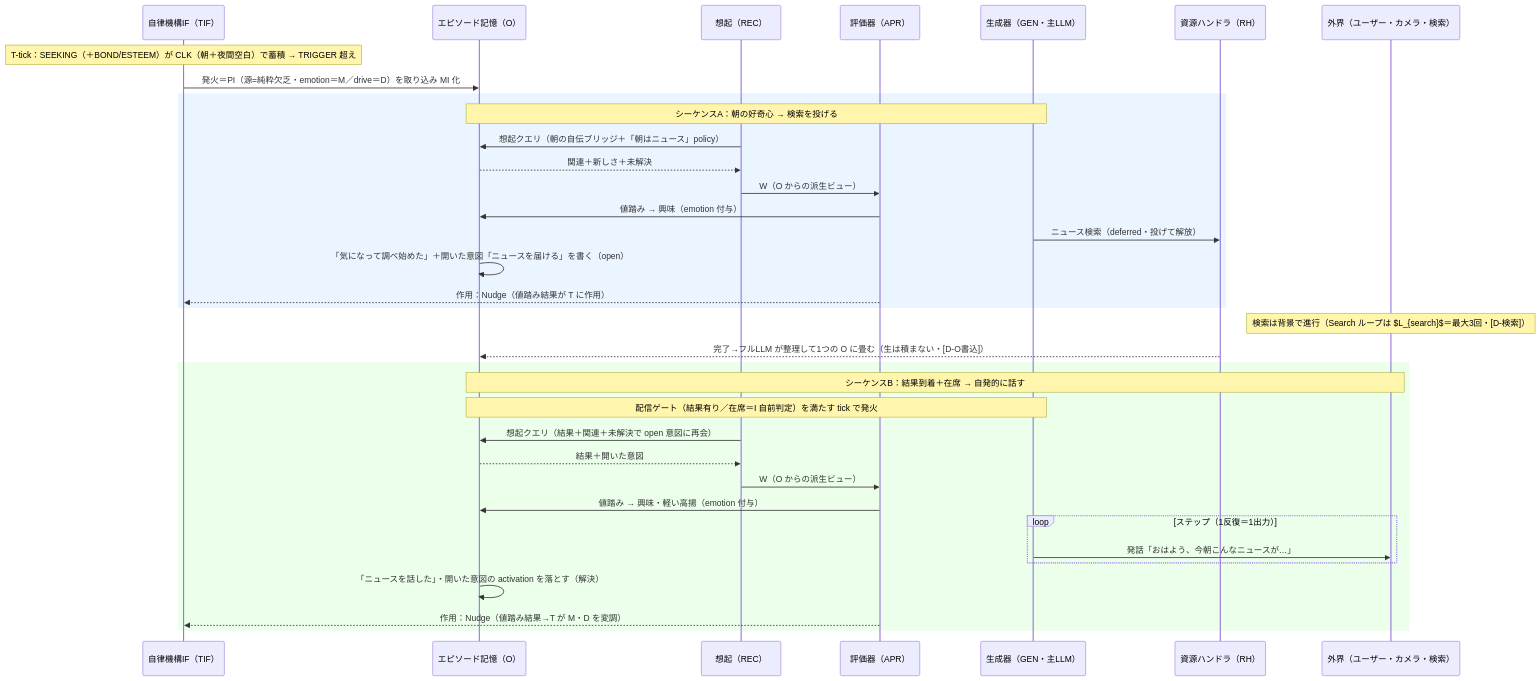
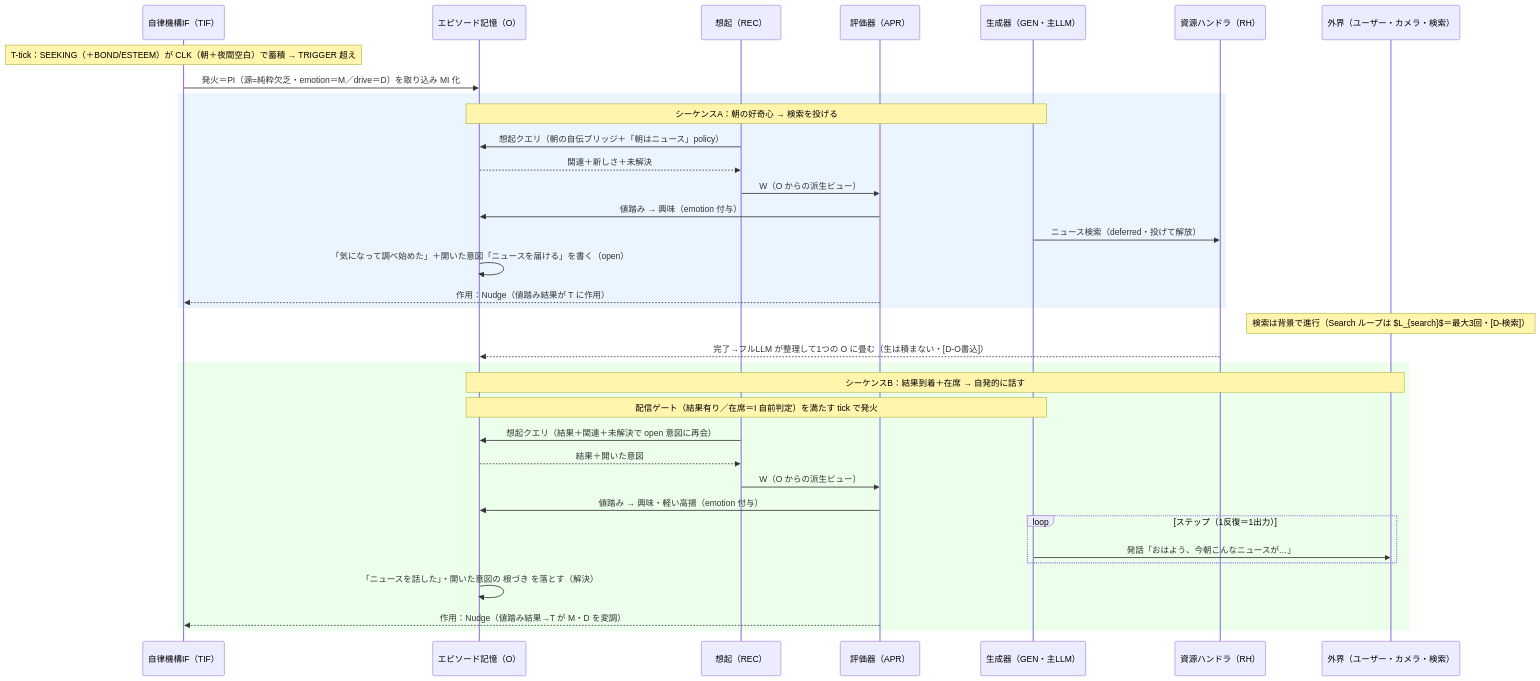
One commit to ikuchan/family-ai-by-familiar-ai changed the diagram in docs/NewModesDocs/familiar-ai ユースケース⑤：朝の自発ニュース.md. Above: the diagram before and after it, drawn with Mermaid. The commit also changed other lines of this file and 101 other files, not shown here.

````diff
--- a/docs/NewModesDocs/familiar-ai ユースケース⑤：朝の自発ニュース.md
+++ b/docs/NewModesDocs/familiar-ai ユースケース⑤：朝の自発ニュース.md
@@ -17,41 +17,41 @@
 ```mermaid
 sequenceDiagram
   participant TIF as 自律機構IF（TIF）
   participant O as エピソード記憶（O）
   participant REC as 想起（REC）
   participant APR as 評価器（APR）
   participant GEN as 生成器（GEN・主LLM）
   participant RH as 資源ハンドラ（RH）
   participant IN as 外界（ユーザー・カメラ・検索）
  
   Note over TIF: T-tick：SEEKING（＋BOND/ESTEEM）が CLK（朝＋夜間空白）で蓄積 → TRIGGER 超え
   TIF->>O: 発火＝PI（源=純粋欠乏・emotion＝M／drive＝D）を取り込み MI 化
  
   rect rgb(235,245,255)
   Note over O,GEN: シーケンスA：朝の好奇心 → 検索を投げる
   REC->>O: 想起クエリ（朝の自伝ブリッジ＋「朝はニュース」policy）
   O-->>REC: 関連＋新しさ＋未解決
   REC->>APR: W（O からの派生ビュー）
   APR->>O: 値踏み → 興味（emotion 付与）
   GEN->>RH: ニュース検索（deferred・投げて解放）
   O->>O: 「気になって調べ始めた」＋開いた意図「ニュースを届ける」を書く（open）
   APR-->>TIF: 作用：Nudge（値踏み結果が T に作用）
   end
  
   Note over IN: 検索は背景で進行（Search ループは $L_{search}$＝最大3回・[D-検索]）
   RH-->>O: 完了→フルLLM が整理して1つの O に畳む（生は積まない・[D-O書込]）
  
   rect rgb(235,255,235)
   Note over O,IN: シーケンスB：結果到着＋在席 → 自発的に話す
   Note over O,GEN: 配信ゲート（結果有り／在席＝I 自前判定）を満たす tick で発火
   REC->>O: 想起クエリ（結果＋関連＋未解決で open 意図に再会）
   O-->>REC: 結果＋開いた意図
   REC->>APR: W（O からの派生ビュー）
   APR->>O: 値踏み → 興味・軽い高揚（emotion 付与）
   loop ステップ（1反復＝1出力）
     GEN->>IN: 発話「おはよう、今朝こんなニュースが…」
   end
-  O->>O: 「ニュースを話した」・開いた意図の activation を落とす（解決）
+  O->>O: 「ニュースを話した」・開いた意図の 根づき を落とす（解決）
   APR-->>TIF: 作用：Nudge（値踏み結果→T が M・D を変調）
   end
 ```
````
